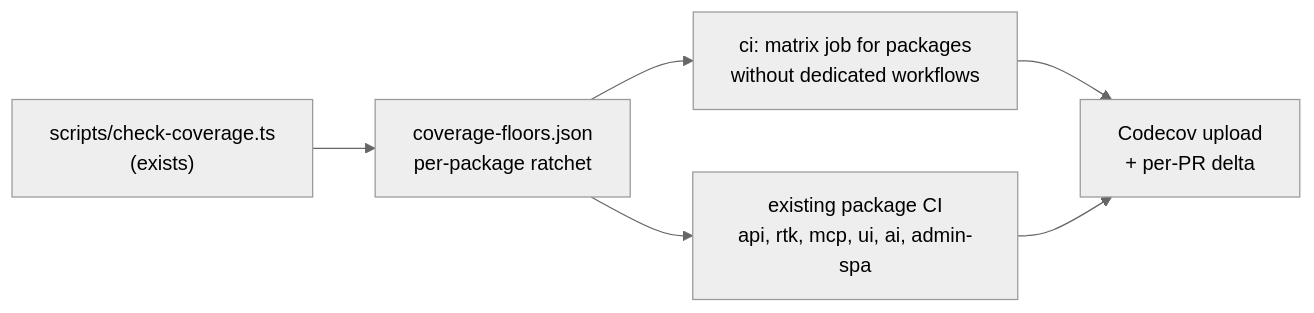
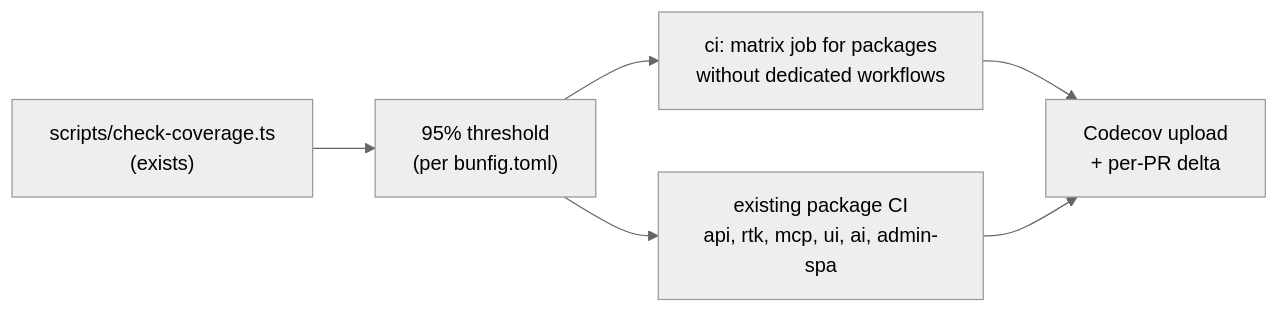
The diagram in docs/implementationPlans/examples-demo-coverage.md (FlourishHealth/terreno), drawn with Mermaid (neutral theme) before and after one commit. The commit also changed other lines of this file and 7 other files, not shown here.

````diff
--- a/docs/implementationPlans/examples-demo-coverage.md
+++ b/docs/implementationPlans/examples-demo-coverage.md
@@ -61,13 +61,13 @@
 ```mermaid
 flowchart LR
   S["scripts/check-coverage.ts<br/>(exists)"]
-  R["coverage-floors.json<br/>per-package ratchet"]
+  T["95% threshold<br/>(per bunfig.toml)"]
   M["ci: matrix job for packages<br/>without dedicated workflows"]
   E["existing package CI<br/>api, rtk, mcp, ui, ai, admin-spa"]
   C["Codecov upload<br/>+ per-PR delta"]
-  S --> R
-  R --> M
-  R --> E
+  S --> T
+  T --> M
+  T --> E
   M --> C
   E --> C
 ```
````
